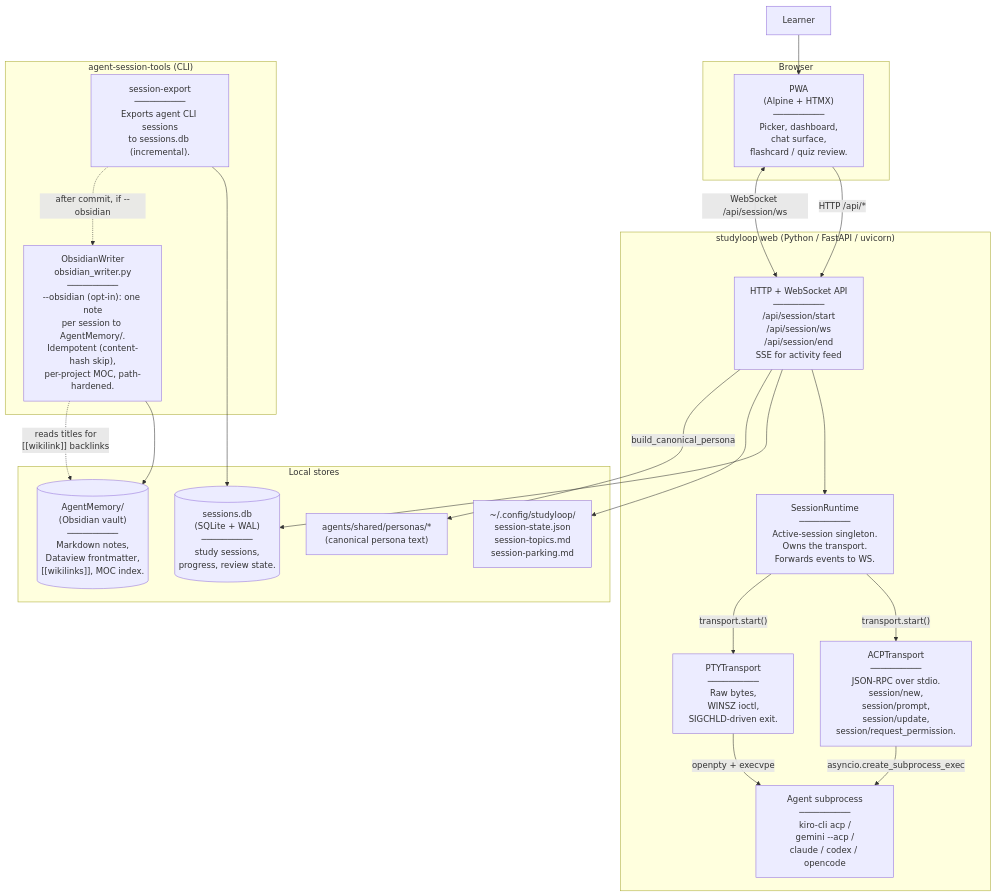
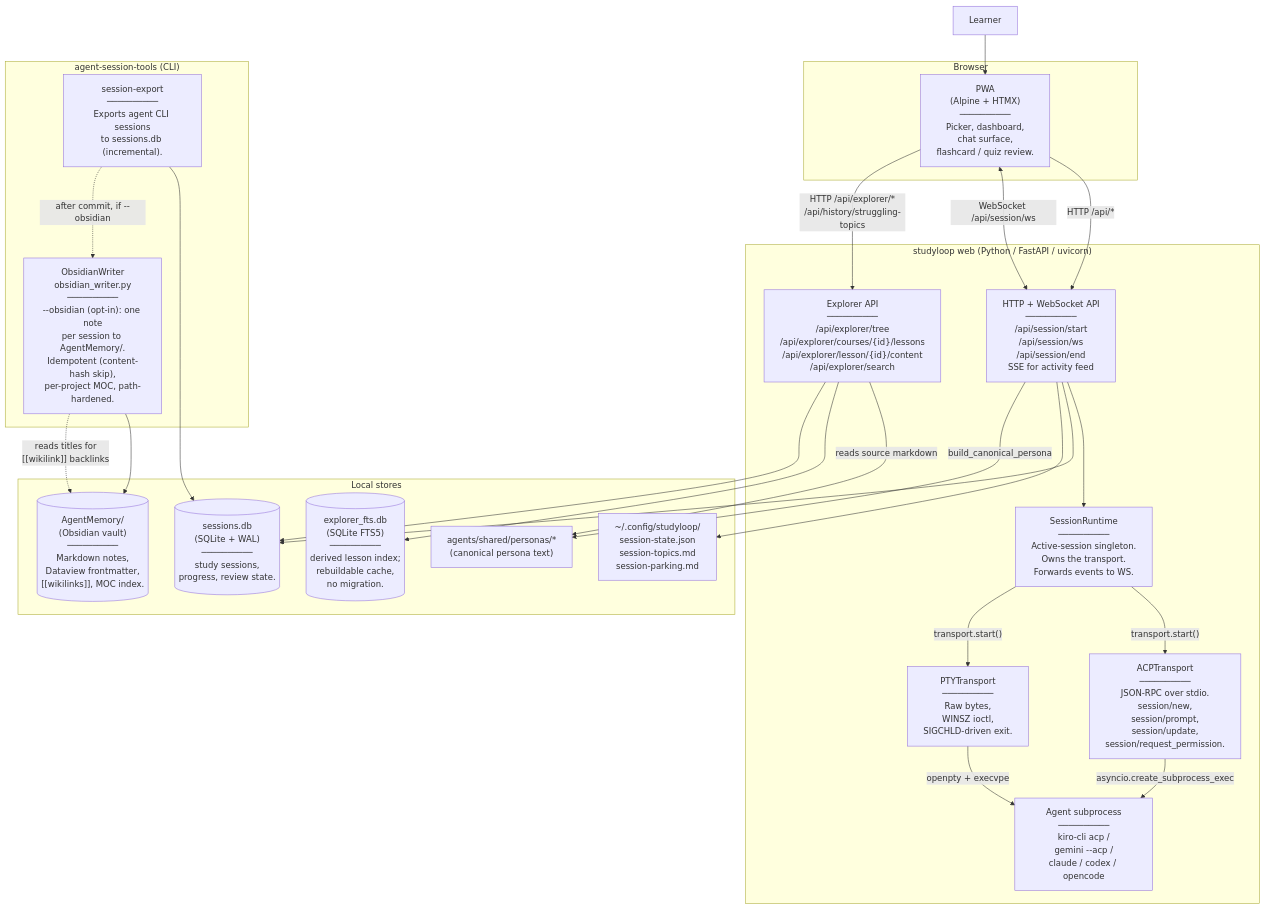
Before and after one commit to NetDevAutomate/StudyLoop: the second of 9 diagrams in docs/architecture/current.md, drawn with Mermaid. The commit also changed other lines of this file and 3 other files, not shown here.

First line of the commit message:
docs: document course explorer across user + architecture docs (C4)

````diff
--- a/docs/architecture/current.md
+++ b/docs/architecture/current.md
@@ -59,44 +59,50 @@
 ```mermaid
 flowchart TB
     Learner["Learner"]
 
     subgraph "Browser"
       PWA["PWA<br/>(Alpine + HTMX)<br/>──────────<br/>Picker, dashboard,<br/>chat surface,<br/>flashcard / quiz review."]
     end
 
     subgraph "studyloop web (Python / FastAPI / uvicorn)"
       API["HTTP + WebSocket API<br/>──────────<br/>/api/session/start<br/>/api/session/ws<br/>/api/session/end<br/>SSE for activity feed"]
+      ExplorerAPI["Explorer API<br/>──────────<br/>/api/explorer/tree<br/>/api/explorer/courses/{id}/lessons<br/>/api/explorer/lesson/{id}/content<br/>/api/explorer/search"]
       Runtime["SessionRuntime<br/>──────────<br/>Active-session singleton.<br/>Owns the transport.<br/>Forwards events to WS."]
       ACP["ACPTransport<br/>──────────<br/>JSON-RPC over stdio.<br/>session/new,<br/>session/prompt,<br/>session/update,<br/>session/request_permission."]
       PTY["PTYTransport<br/>──────────<br/>Raw bytes,<br/>WINSZ ioctl,<br/>SIGCHLD-driven exit."]
       Agent["Agent subprocess<br/>──────────<br/>kiro-cli acp /<br/>gemini --acp /<br/>claude / codex / opencode"]
     end
 
     subgraph "Local stores"
       DB[("sessions.db<br/>(SQLite + WAL)<br/>──────────<br/>study sessions,<br/>progress, review state.")]
+      FTS[("explorer_fts.db<br/>(SQLite FTS5)<br/>──────────<br/>derived lesson index;<br/>rebuildable cache,<br/>no migration.")]
       IPC["~/.config/studyloop/<br/>session-state.json<br/>session-topics.md<br/>session-parking.md"]
       Persona["agents/shared/personas/*<br/>(canonical persona text)"]
       AgentMemory[("AgentMemory/<br/>(Obsidian vault)<br/>──────────<br/>Markdown notes,<br/>Dataview frontmatter,<br/>[[wikilinks]], MOC index.")]
     end
 
     subgraph "agent-session-tools (CLI)"
       Export["session-export<br/>──────────<br/>Exports agent CLI sessions<br/>to sessions.db (incremental)."]
       ObsidianWriter["ObsidianWriter<br/>obsidian_writer.py<br/>──────────<br/>--obsidian (opt-in): one note<br/>per session to AgentMemory/.<br/>Idempotent (content-hash skip),<br/>per-project MOC, path-hardened."]
     end
 
     Learner --> PWA
     PWA -->|"HTTP /api/*"| API
     PWA <-->|"WebSocket /api/session/ws"| API
+    PWA -->|"HTTP /api/explorer/*<br/>/api/history/struggling-topics"| ExplorerAPI
     API --> Runtime
     Runtime -->|"transport.start()"| ACP
     Runtime -->|"transport.start()"| PTY
     ACP -->|"asyncio.create_subprocess_exec"| Agent
     PTY -->|"openpty + execvpe"| Agent
     API --> DB
     API --> IPC
     API -->|"build_canonical_persona"| Persona
+    ExplorerAPI -->|"reads source markdown"| Persona
+    ExplorerAPI --> FTS
+    ExplorerAPI --> DB
     Export --> DB
     Export -.->|"after commit, if --obsidian"| ObsidianWriter
     ObsidianWriter --> AgentMemory
     ObsidianWriter -.->|"reads titles for<br/>[[wikilink]] backlinks"| AgentMemory
 ```
````
